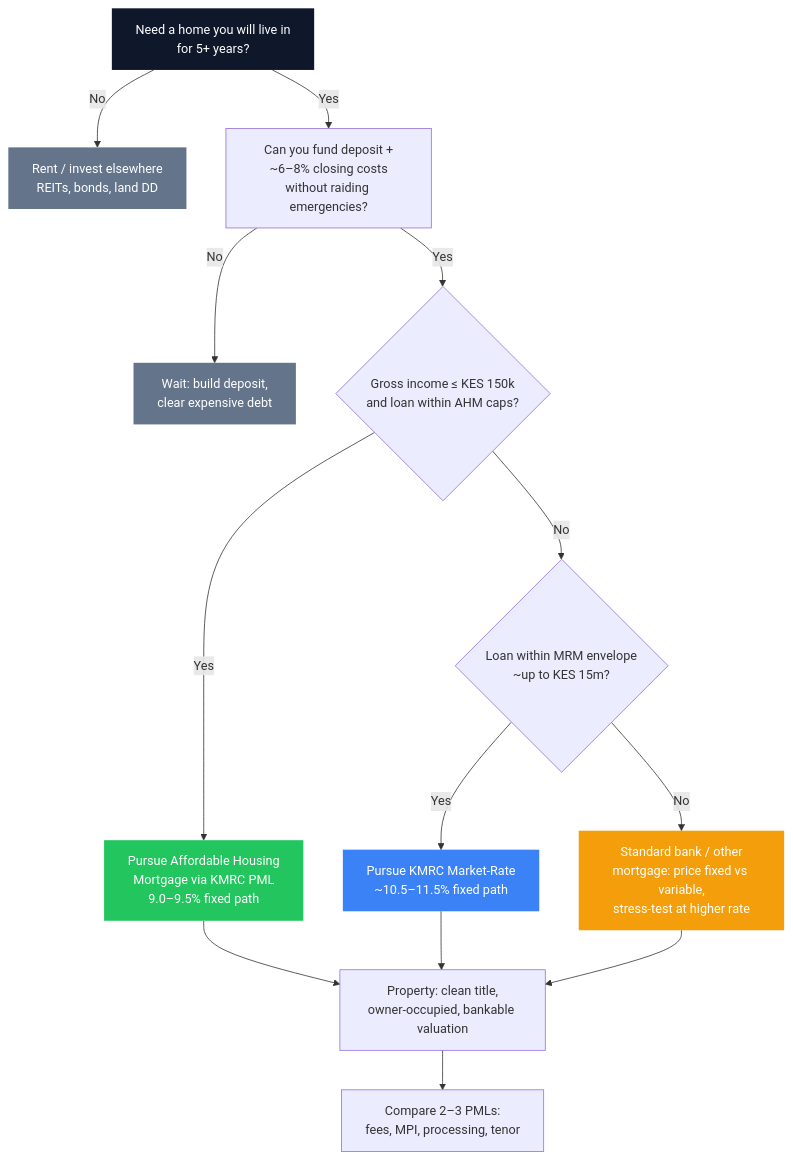
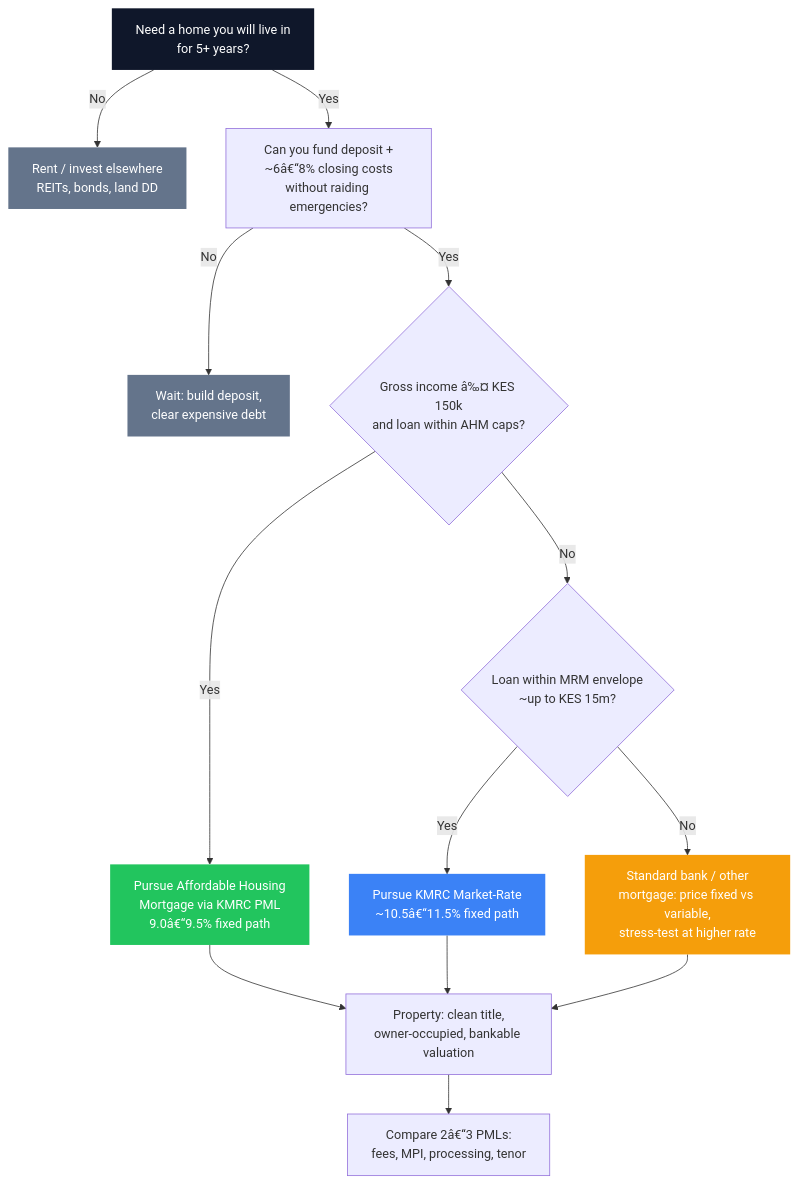
Before and after one commit to bengula/BengulaLive: the diagram in Bengula-Jacob/content/banking-credit/mortgage-decision-framework-kenya.md, drawn with Mermaid. The commit also changed other lines of this file and 73 other files, not shown here.

````diff
--- a/Bengula-Jacob/content/banking-credit/mortgage-decision-framework-kenya.md
+++ b/Bengula-Jacob/content/banking-credit/mortgage-decision-framework-kenya.md
@@ -45,22 +45,22 @@
 ```mermaid
 flowchart TD
   A["Need a home you will live in<br/>for 5+ years?"] -->|No| Rent["Rent / invest elsewhere<br/>REITs, bonds, land DD"]
-  A -->|Yes| B["Can you fund deposit +<br/>~6–8% closing costs<br/>without raiding emergencies?"]
+  A -->|Yes| B["Can you fund deposit +<br/>~6â€“8% closing costs<br/>without raiding emergencies?"]
   B -->|No| Wait["Wait: build deposit,<br/>clear expensive debt"]
-  B -->|Yes| C{"Gross income ≤ KES 150k<br/>and loan within AHM caps?"}
-  C -->|Yes| AHM["Pursue Affordable Housing<br/>Mortgage via KMRC PML<br/>9.0–9.5% fixed path"]
+  B -->|Yes| C{"Gross income â‰¤ KES 150k<br/>and loan within AHM caps?"}
+  C -->|Yes| AHM["Pursue Affordable Housing<br/>Mortgage via KMRC PML<br/>9.0â€“9.5% fixed path"]
   C -->|No| D{"Loan within MRM envelope<br/>~up to KES 15m?"}
-  D -->|Yes| MRM["Pursue KMRC Market-Rate<br/>~10.5–11.5% fixed path"]
+  D -->|Yes| MRM["Pursue KMRC Market-Rate<br/>~10.5â€“11.5% fixed path"]
   D -->|No| Std["Standard bank / other<br/>mortgage: price fixed vs variable,<br/>stress-test at higher rate"]
   AHM --> Prop["Property: clean title,<br/>owner-occupied, bankable valuation"]
   MRM --> Prop
   Std --> Prop
-  Prop --> Close["Compare 2–3 PMLs:<br/>fees, MPI, processing, tenor"]
+  Prop --> Close["Compare 2â€“3 PMLs:<br/>fees, MPI, processing, tenor"]
 
   style A fill:#0f172a,color:#fff,stroke:none
   style AHM fill:#22c55e,color:#fff,stroke:none
   style MRM fill:#3b82f6,color:#fff,stroke:none
   style Std fill:#f59e0b,color:#fff,stroke:none
   style Wait fill:#64748b,color:#fff,stroke:none
   style Rent fill:#64748b,color:#fff,stroke:none
 ```
````
